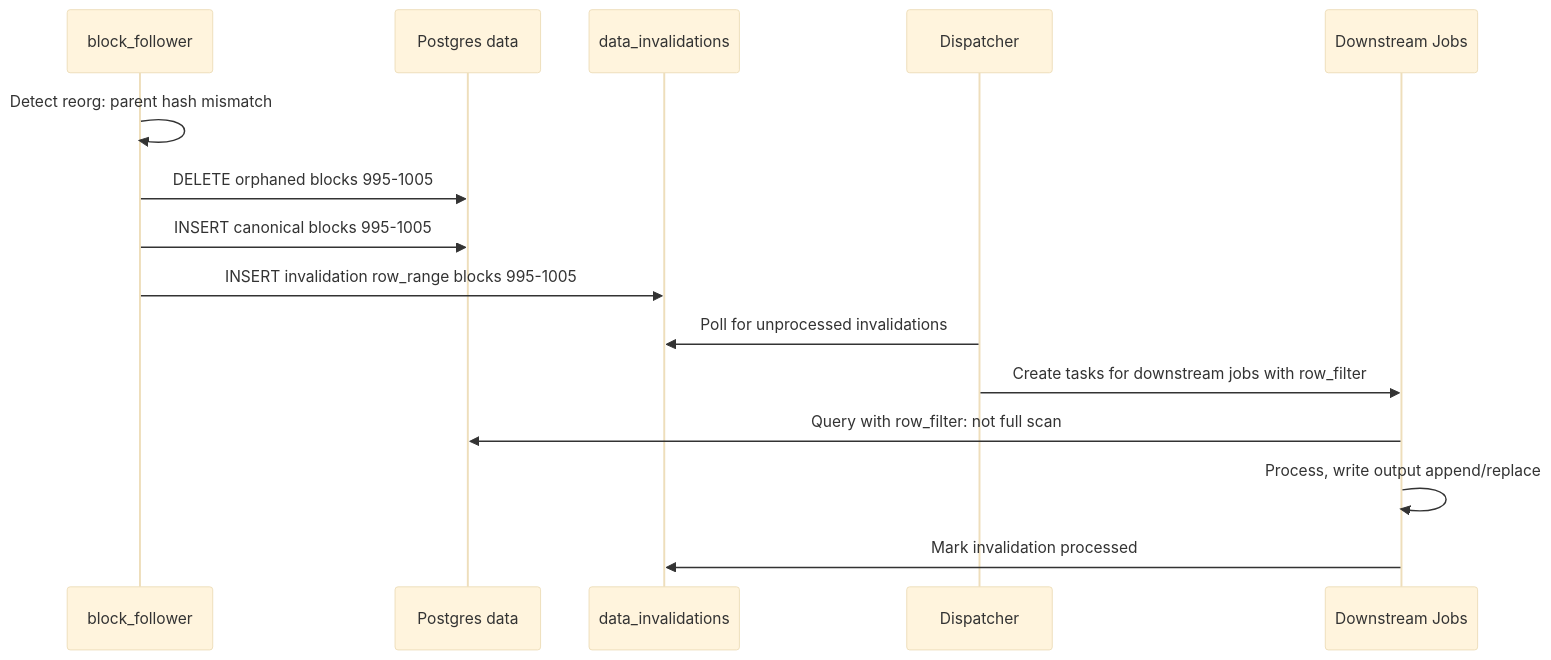
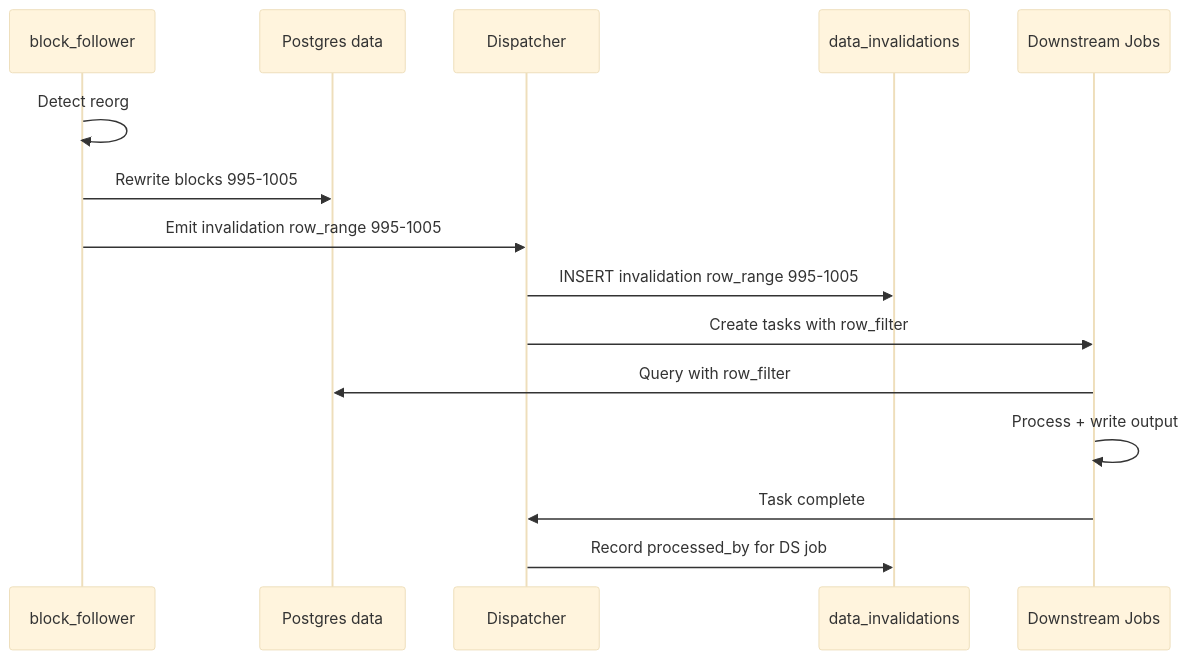
The first of 2 diagrams in docs/architecture/data_versioning.md (c7121/trace), drawn with Mermaid (base theme) before and after one commit. The commit also changed other lines of this file and 23 other files, not shown here.

````diff
--- a/docs/architecture/data_versioning.md
+++ b/docs/architecture/data_versioning.md
@@ -150,18 +150,18 @@
 ```mermaid
 sequenceDiagram
     participant BF as block_follower
     participant PG as Postgres data
+    participant DISP as Dispatcher
     participant INV as data_invalidations
-    participant DISP as Dispatcher
     participant DS as Downstream Jobs
 
-    BF->>BF: Detect reorg: parent hash mismatch
-    BF->>PG: DELETE orphaned blocks 995-1005
-    BF->>PG: INSERT canonical blocks 995-1005
-    BF->>INV: INSERT invalidation row_range blocks 995-1005
-    DISP->>INV: Poll for unprocessed invalidations
-    DISP->>DS: Create tasks for downstream jobs with row_filter
-    DS->>PG: Query with row_filter: not full scan
-    DS->>DS: Process, write output append/replace
-    DS->>INV: Mark invalidation processed
+    BF->>BF: Detect reorg
+    BF->>PG: Rewrite blocks 995-1005
+    BF->>DISP: Emit invalidation row_range 995-1005
+    DISP->>INV: INSERT invalidation row_range 995-1005
+    DISP->>DS: Create tasks with row_filter
+    DS->>PG: Query with row_filter
+    DS->>DS: Process + write output
+    DS->>DISP: Task complete
+    DISP->>INV: Record processed_by for DS job
 ```
````
